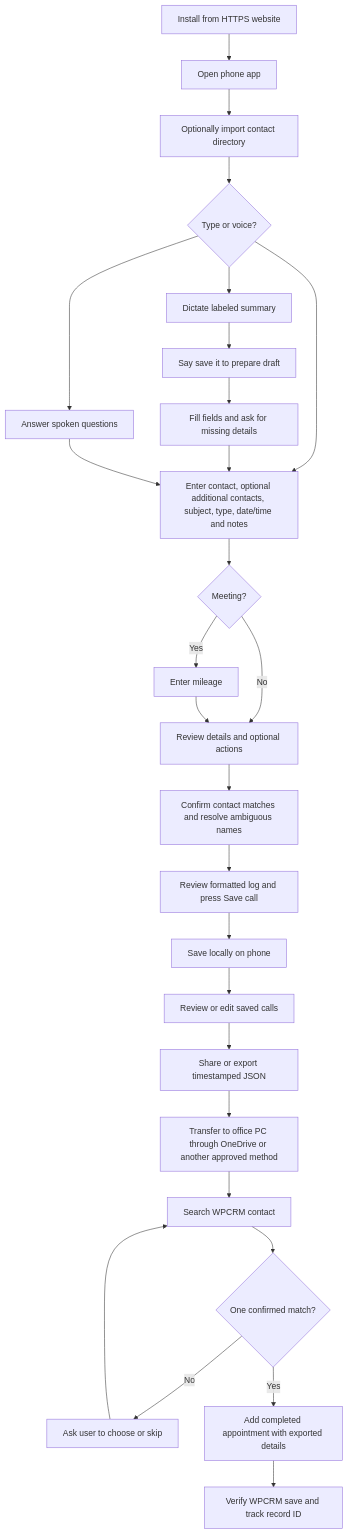
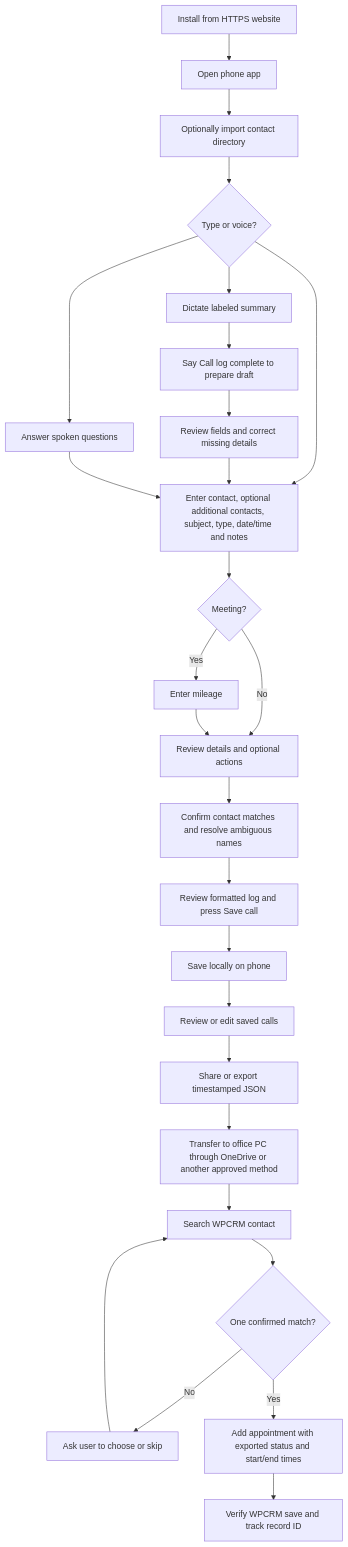
Before and after one commit to thebaumeister-rgb/wpcrm-call-logger: the diagram in FLOWCHART.md, drawn with Mermaid. The commit also changed 10 other files, not shown here.

Commit message:
Add ordered streaming dictation with time ranges and appointment status

````diff
--- a/FLOWCHART.md
+++ b/FLOWCHART.md
@@ -3,29 +3,29 @@
 ```mermaid
 flowchart TD
     A[Install from HTTPS website] --> B[Open phone app]
     B --> R[Optionally import contact directory]
     R --> C{Type or voice?}
     C --> D[Enter contact, optional additional contacts, subject, type, date/time and notes]
     C --> E[Answer spoken questions]
     C --> S[Dictate labeled summary]
-    S --> V[Say save it to prepare draft]
-    V --> T[Fill fields and ask for missing details]
+    S --> V[Say Call log complete to prepare draft]
+    V --> T[Review fields and correct missing details]
     T --> D
     E --> D
     D --> F{Meeting?}
     F -- Yes --> G[Enter mileage]
     F -- No --> H[Review details and optional actions]
     G --> H
     H --> U[Confirm contact matches and resolve ambiguous names]
     U --> W[Review formatted log and press Save call]
     W --> I[Save locally on phone]
     I --> J[Review or edit saved calls]
     J --> K[Share or export timestamped JSON]
     K --> L[Transfer to office PC through OneDrive or another approved method]
     L --> M[Search WPCRM contact]
     M --> N{One confirmed match?}
     N -- No --> O[Ask user to choose or skip]
     O --> M
-    N -- Yes --> P[Add completed appointment with exported details]
+    N -- Yes --> P[Add appointment with exported status and start/end times]
     P --> Q[Verify WPCRM save and track record ID]
 ```
````
